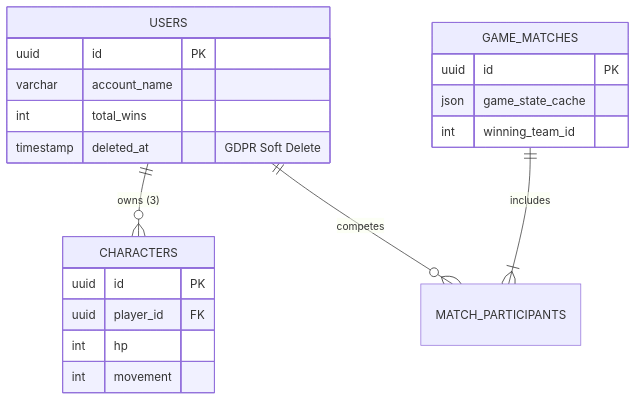
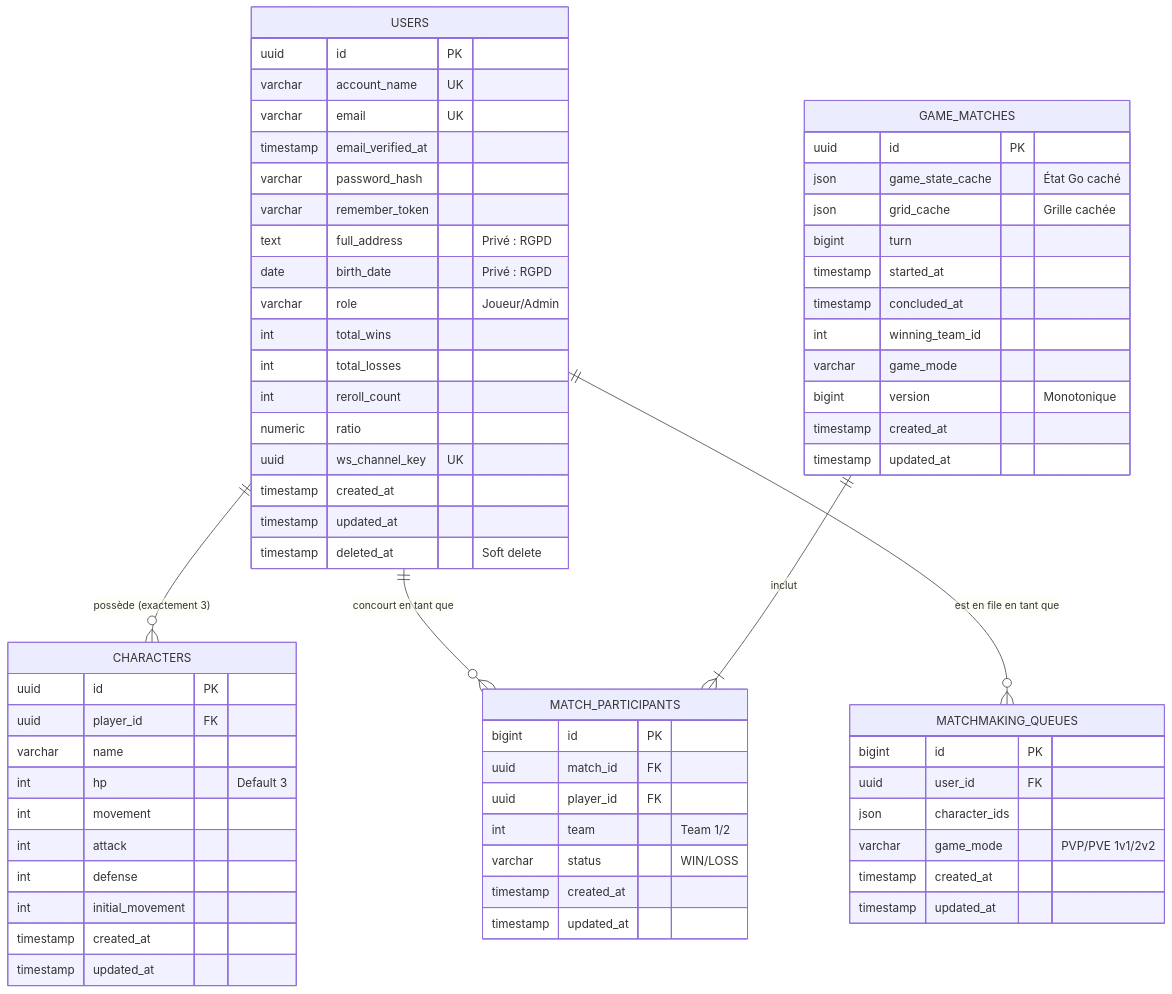
One commit to ecumeurs/upsilon-hub changed the fourth of 4 diagrams in documentation_complete.md. Above: the diagram before and after it, drawn with Mermaid. The commit also changed other lines of this file and 2 other files, not shown here.

````diff
--- a/documentation_complete.md
+++ b/documentation_complete.md
@@ -197,24 +594,73 @@
 ```mermaid
 erDiagram
-    USERS ||--o{ CHARACTERS : "owns (3)"
-    USERS ||--o{ MATCH_PARTICIPANTS : "competes"
-    GAME_MATCHES ||--|{ MATCH_PARTICIPANTS : "includes"
+    USERS ||--o{ CHARACTERS : "possède (exactement 3)"
+    USERS ||--o{ MATCH_PARTICIPANTS : "concourt en tant que"
+    USERS ||--o{ MATCHMAKING_QUEUES : "est en file en tant que"
+    GAME_MATCHES ||--|{ MATCH_PARTICIPANTS : "inclut"
     
     USERS {
         uuid id PK
-        varchar account_name
+        varchar account_name UK
+        varchar email UK
+        timestamp email_verified_at
+        varchar password_hash
+        varchar remember_token
+        text full_address "Privé : RGPD"
+        date birth_date "Privé : RGPD"
+        varchar role "Joueur/Admin"
         int total_wins
-        timestamp deleted_at "GDPR Soft Delete"
+        int total_losses
+        int reroll_count
+        numeric ratio
+        uuid ws_channel_key UK
+        timestamp created_at
+        timestamp updated_at
+        timestamp deleted_at "Soft delete"
     }
+    
     CHARACTERS {
         uuid id PK
         uuid player_id FK
-        int hp
+        varchar name
+        int hp "Default 3"
         int movement
+        int attack
+        int defense
+        int initial_movement
+        timestamp created_at
+        timestamp updated_at
     }
+    
     GAME_MATCHES {
         uuid id PK
-        json game_state_cache
+        json game_state_cache "État Go caché"
+        json grid_cache "Grille cachée"
+        bigint turn
+        timestamp started_at
+        timestamp concluded_at
         int winning_team_id
+        varchar game_mode
+        bigint version "Monotonique"
+        timestamp created_at
+        timestamp updated_at
+    }
+
+    MATCH_PARTICIPANTS {
+        bigint id PK
+        uuid match_id FK
+        uuid player_id FK
+        int team "Team 1/2"
+        varchar status "WIN/LOSS"
+        timestamp created_at
+        timestamp updated_at
+    }
+    
+    MATCHMAKING_QUEUES {
+        bigint id PK
+        uuid user_id FK
+        json character_ids
+        varchar game_mode "PVP/PVE 1v1/2v2"
+        timestamp created_at
+        timestamp updated_at
     }
 ```
````
